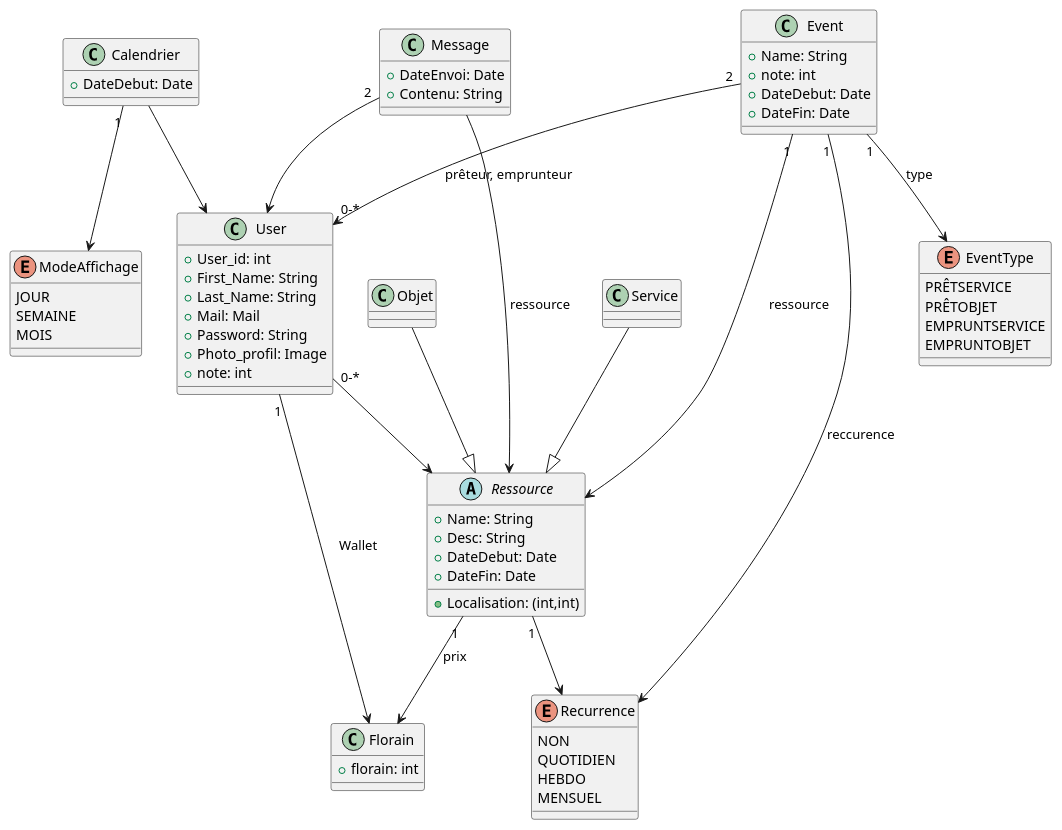
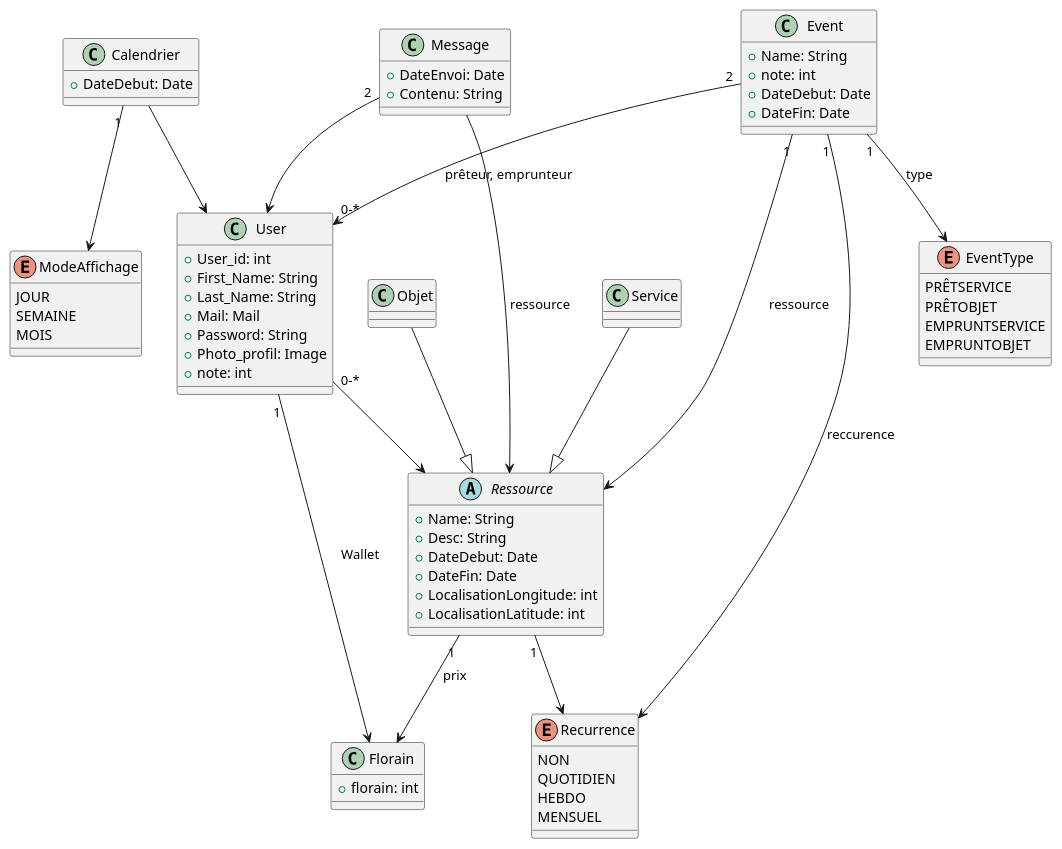
One commit to cos-imo/DirectDealing changed the diagram in suivi/Général/DiagrammeClasse.puml. Above: the diagram before and after it, drawn with PlantUML. The commit also changed 3 other files, not shown here.

Commit message:
[docs][chore] correction diagramme de classe et database

```diff
--- a/suivi/Général/DiagrammeClasse.puml
+++ b/suivi/Général/DiagrammeClasse.puml
@@ -1,93 +1,94 @@
 @startuml
 class User {
 +User_id: int
 +First_Name: String
 +Last_Name: String
 +Mail: Mail
 +Password: String
 +Photo_profil: Image
 +note: int
 }
 
 class Florain {
 +florain: int
 }
 
 class Calendrier {
 +DateDebut: Date
 }
 
 
 
 
 class Event {
 +Name: String
 +note: int
 +DateDebut: Date
 +DateFin: Date
 }
 
 enum Recurrence {
 NON
 QUOTIDIEN
 HEBDO
 MENSUEL
 }
 
 enum EventType {
 PRÊTSERVICE
 PRÊTOBJET
 EMPRUNTSERVICE
 EMPRUNTOBJET
 }
 
 
 class Message {
 +DateEnvoi: Date
 +Contenu: String
 }
 
 abstract class Ressource {
 +Name: String
 +Desc: String
 +DateDebut: Date
 +DateFin: Date
-+Localisation: (int,int)
++LocalisationLongitude: int
++LocalisationLatitude: int
 }
 
 class Service {
 }
 
 class Objet {}
 
 enum ModeAffichage {
 JOUR
 SEMAINE
 MOIS
 }
 
 Event "2" --> "0-*" User : prêteur, emprunteur
 Event "1" --> Recurrence : reccurence
 Event "1" --> EventType : type
 Event "1" --> Ressource : ressource
 
 Service --|> Ressource
 
 Objet --|> Ressource
 
 Ressource "1" --> Recurrence
 Ressource "1" --> Florain : prix
 
 Calendrier --> User
 Calendrier "1" --> ModeAffichage
 
 Message --> Ressource : ressource
 Message "2" --> User
 
 User "0-*" --> Ressource
 User "1" --> Florain : Wallet
 
 
 
 
 @enduml
```
